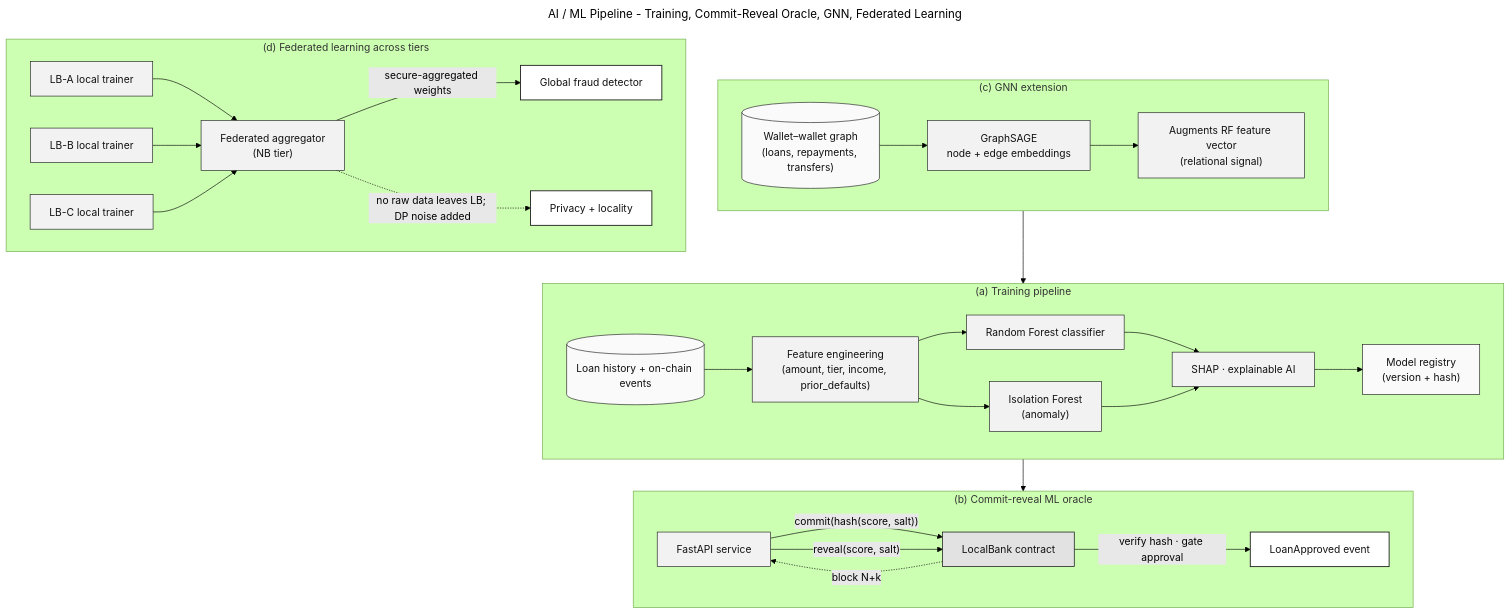
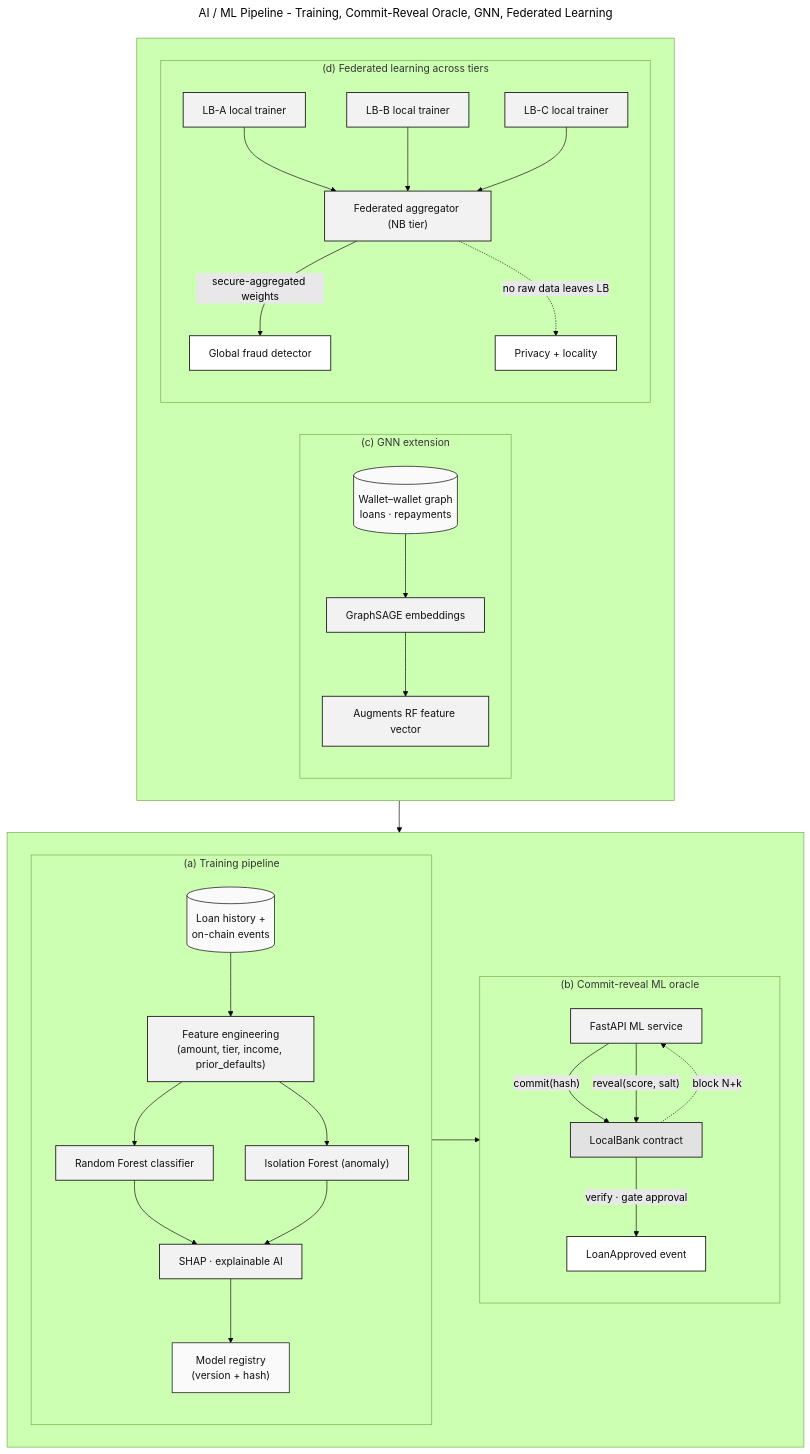
One commit to Yuvraajrahman/Cryto-World-Bank changed the diagram in Documentation/Diagrams/mermaid-src/improved diagrams/fig-aiml-pipeline.mmd. Above: the diagram before and after it, drawn with Mermaid (forest theme). The commit also changed 272 other files, not shown here.

Commit message:
Diagram Updates

```diff
--- a/Documentation/Diagrams/mermaid-src/improved diagrams/fig-aiml-pipeline.mmd
+++ b/Documentation/Diagrams/mermaid-src/improved diagrams/fig-aiml-pipeline.mmd
@@ -1,43 +1,58 @@
 ---
 title: AI / ML Pipeline - Training, Commit-Reveal Oracle, GNN, Federated Learning
 ---
 flowchart TB
-    classDef step fill:#F2F2F2,stroke:#1F1F1F,stroke-width:1px,color:#111111
-    classDef store fill:#FAFAFA,stroke:#1F1F1F,stroke-width:1px,color:#111111
-    classDef chain fill:#E2E2E2,stroke:#1F1F1F,stroke-width:1.2px,color:#111111
+    classDef step fill:#F2F2F2,stroke:#1F1F1F,stroke-width:1.4px,color:#111111
+    classDef store fill:#FAFAFA,stroke:#1F1F1F,stroke-width:1.2px,color:#111111
+    classDef chain fill:#E2E2E2,stroke:#1F1F1F,stroke-width:1.4px,color:#111111
     classDef out  fill:#FFFFFF,stroke:#1F1F1F,stroke-width:1.4px,color:#111111
 
-    subgraph A[" (a) Training pipeline "]
+    subgraph TOP[" "]
         direction LR
-        DS[("Loan history + on-chain events")]:::store --> FE["Feature engineering<br/>(amount, tier, income, prior_defaults)"]:::step
-        FE --> RF["Random Forest classifier"]:::step
-        FE --> IF["Isolation Forest<br/>(anomaly)"]:::step
-        RF --> SH["SHAP · explainable AI"]:::step
-        IF --> SH
-        SH --> REG["Model registry<br/>(version + hash)"]:::store
+        subgraph A[" (a) Training pipeline "]
+            direction TB
+            DS[("Loan history +<br/>on-chain events")]:::store
+            FE["Feature engineering<br/>(amount, tier, income, prior_defaults)"]:::step
+            RF["Random Forest classifier"]:::step
+            IF["Isolation Forest (anomaly)"]:::step
+            SH["SHAP · explainable AI"]:::step
+            REG["Model registry<br/>(version + hash)"]:::store
+            DS --> FE --> RF & IF
+            RF & IF --> SH --> REG
+        end
+        subgraph B[" (b) Commit-reveal ML oracle "]
+            direction TB
+            ML["FastAPI ML service"]:::step
+            SC["LocalBank contract"]:::chain
+            OUT["LoanApproved event"]:::out
+            REG --> ML
+            ML -- "commit(hash)" --> SC
+            SC -. "block N+k" .-> ML
+            ML -- "reveal(score, salt)" --> SC
+            SC -- "verify · gate approval" --> OUT
+        end
     end
 
-    subgraph B[" (b) Commit-reveal ML oracle "]
+    subgraph BOT[" "]
         direction LR
-        REG --> ML["FastAPI service"]:::step
-        ML -- "commit(hash(score, salt))" --> SC["LocalBank contract"]:::chain
-        SC -. "block N+k" .-> ML
-        ML -- "reveal(score, salt)" --> SC
-        SC -- "verify hash · gate approval" --> OUT["LoanApproved event"]:::out
+        subgraph C[" (c) GNN extension "]
+            direction TB
+            GR[("Wallet–wallet graph<br/>loans · repayments")]:::store
+            GNN["GraphSAGE embeddings"]:::step
+            RF2["Augments RF feature vector"]:::step
+            GR --> GNN --> RF2 --> REG
+        end
+        subgraph D[" (d) Federated learning across tiers "]
+            direction TB
+            LBA["LB-A local trainer"]:::step
+            LBB["LB-B local trainer"]:::step
+            LBC["LB-C local trainer"]:::step
+            AGG["Federated aggregator (NB tier)"]:::step
+            GLOB["Global fraud detector"]:::out
+            LBA & LBB & LBC --> AGG
+            AGG -- "secure-aggregated weights" --> GLOB
+            AGG -. "no raw data leaves LB" .-> Note["Privacy + locality"]:::out
+        end
     end
 
-    subgraph C[" (c) GNN extension "]
-        direction LR
-        GR[("Wallet–wallet graph<br/>(loans, repayments, transfers)")]:::store --> GNN["GraphSAGE<br/>node + edge embeddings"]:::step
-        GNN --> RF2["Augments RF feature vector<br/>(relational signal)"]:::step
-        RF2 --> REG
-    end
-
-    subgraph D[" (d) Federated learning across tiers "]
-        direction LR
-        LBA["LB-A local trainer"]:::step --> AGG["Federated aggregator<br/>(NB tier)"]:::step
-        LBB["LB-B local trainer"]:::step --> AGG
-        LBC["LB-C local trainer"]:::step --> AGG
-        AGG -- "secure-aggregated weights" --> GLOB["Global fraud detector"]:::out
-        AGG -. "no raw data leaves LB; DP noise added" .-> Note["Privacy + locality"]:::out
-    end
+    TOP ~~~ BOT
```
